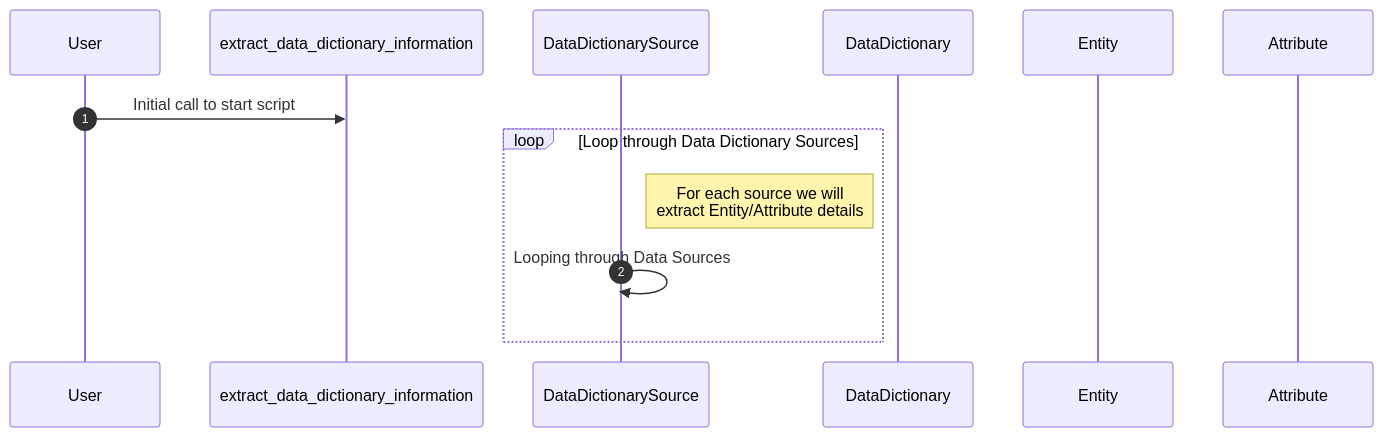
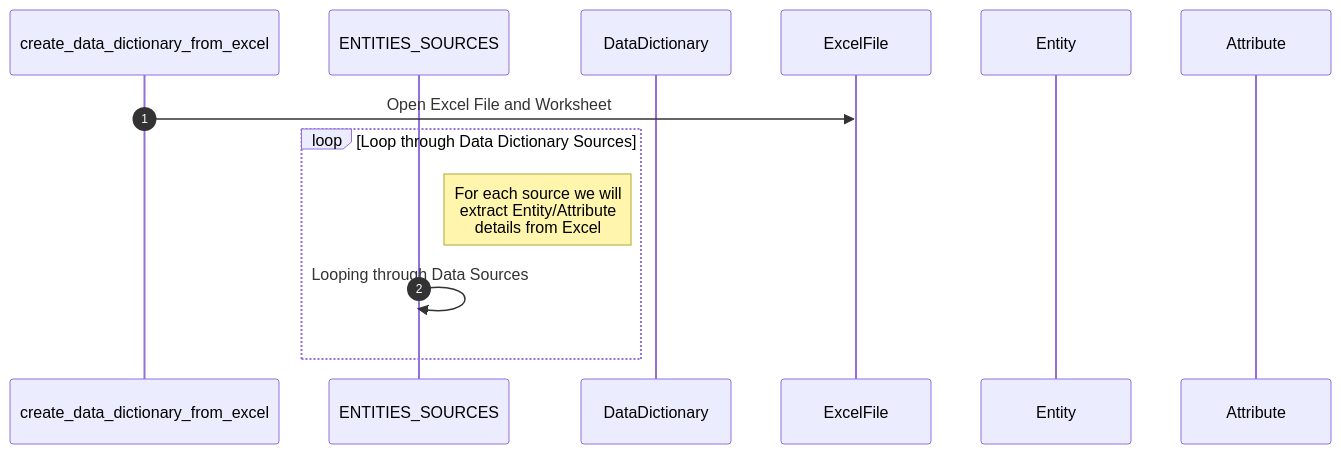
The first of 23 diagrams in README.md (DavidHartman-Personal/Data_Dictionary), drawn with Mermaid before and after one commit. The commit also changed other lines of this file and 9 other files, not shown here.

````diff
--- a/README.md
+++ b/README.md
@@ -111,19 +134,18 @@
 ```mermaid
 sequenceDiagram
 %% A template for creating a mermaid sequence diagram
     autonumber
-    participant User
-    participant Script as extract_data_dictionary_information
+    participant Script as create_data_dictionary_from_excel
 %% Include additional components/participants/actors/scripts/etc. that are involved in the process
 %% For example, Classes or modules that are required for the script 
-    participant DataDictionarySource
+    participant ENTITIES_SOURCES
     participant DataDictionary
+    participant ExcelFile
     participant Entity
     participant Attribute
-    User ->> Script: Initial call to start script
+    Script ->> ExcelFile: Open Excel File and Worksheet
     loop Loop through Data Dictionary Sources
-        note right of DataDictionarySource: For each source we will <BR> extract Entity/Attribute details
-        DataDictionarySource ->> DataDictionarySource: Looping through Data Sources
+        note right of ENTITIES_SOURCES: For each source we will <BR> extract Entity/Attribute <BR> details from Excel
+        ENTITIES_SOURCES ->> ENTITIES_SOURCES: Looping through Data Sources
     end
-    
 ```
````
